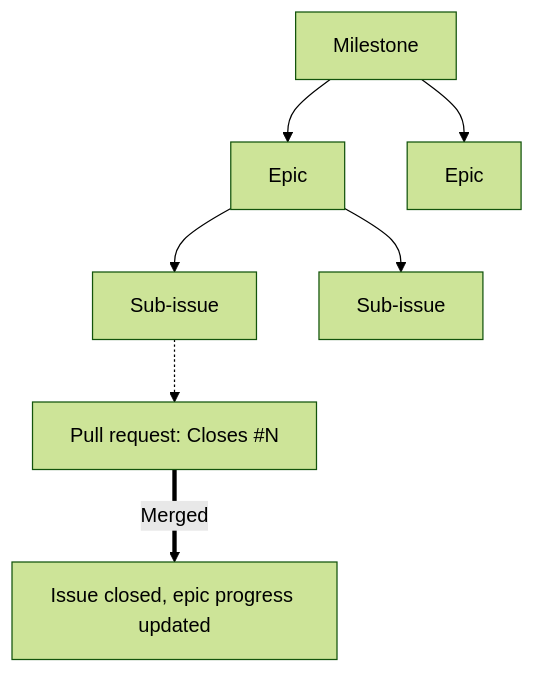
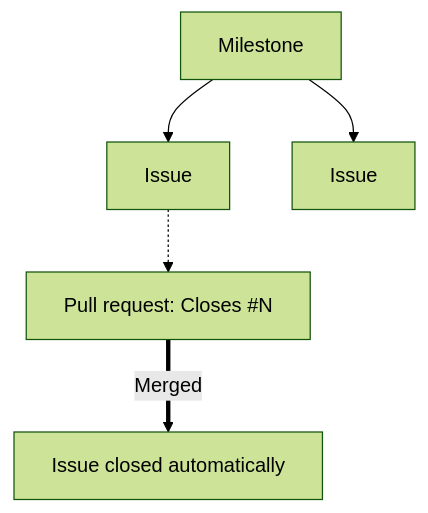
The diagram in docs/developer-guidelines/workflow.md (alxhslm/magic-apps), drawn with Mermaid (forest theme) before and after one commit. The commit also changed other lines of this file and 2 other files, not shown here.

````diff
--- a/docs/developer-guidelines/workflow.md
+++ b/docs/developer-guidelines/workflow.md
@@ -5,9 +5,7 @@
 ```mermaid
 graph TD
-    M["Milestone"] --> E1["Epic"]
-    M --> E2["Epic"]
-    E1 --> S1["Sub-issue"]
-    E1 --> S2["Sub-issue"]
-    S1 -.-> PR["Pull request: Closes #N"]
-    PR == Merged ==> Done["Issue closed, epic progress updated"]
+    M["Milestone"] --> I1["Issue"]
+    M --> I2["Issue"]
+    I1 -.-> PR["Pull request: Closes #N"]
+    PR == Merged ==> Done["Issue closed automatically"]
 ```
````
